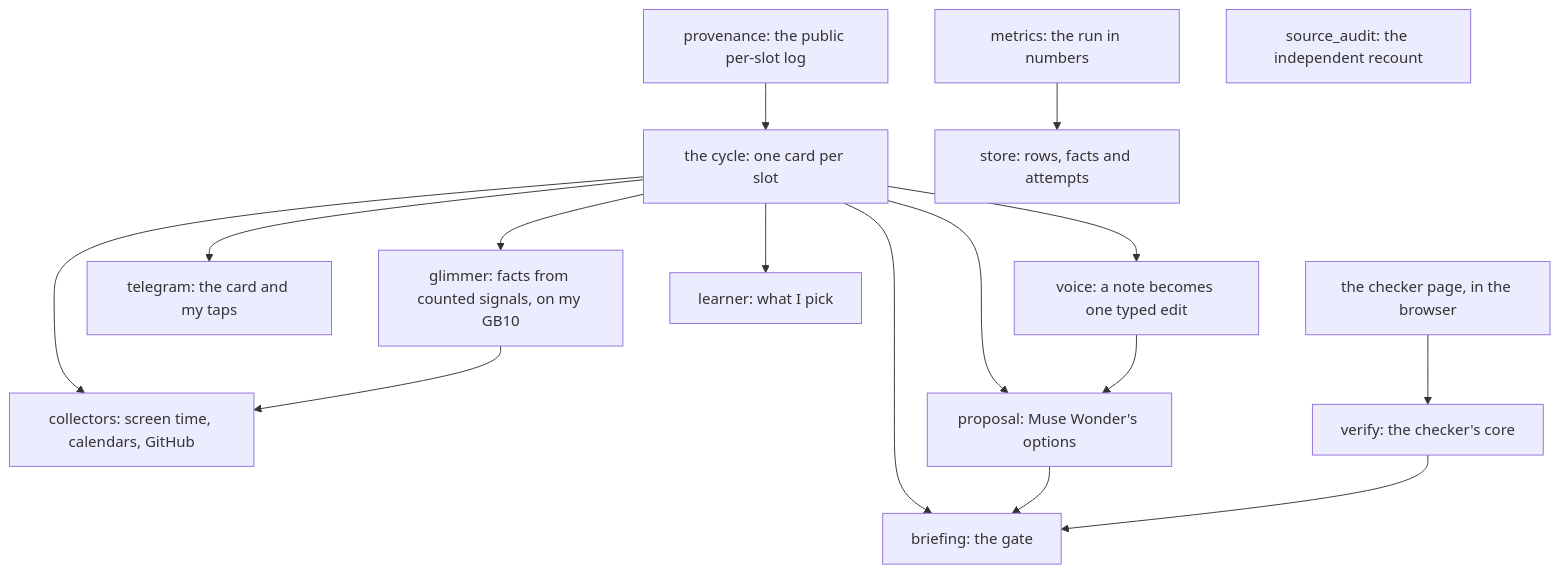
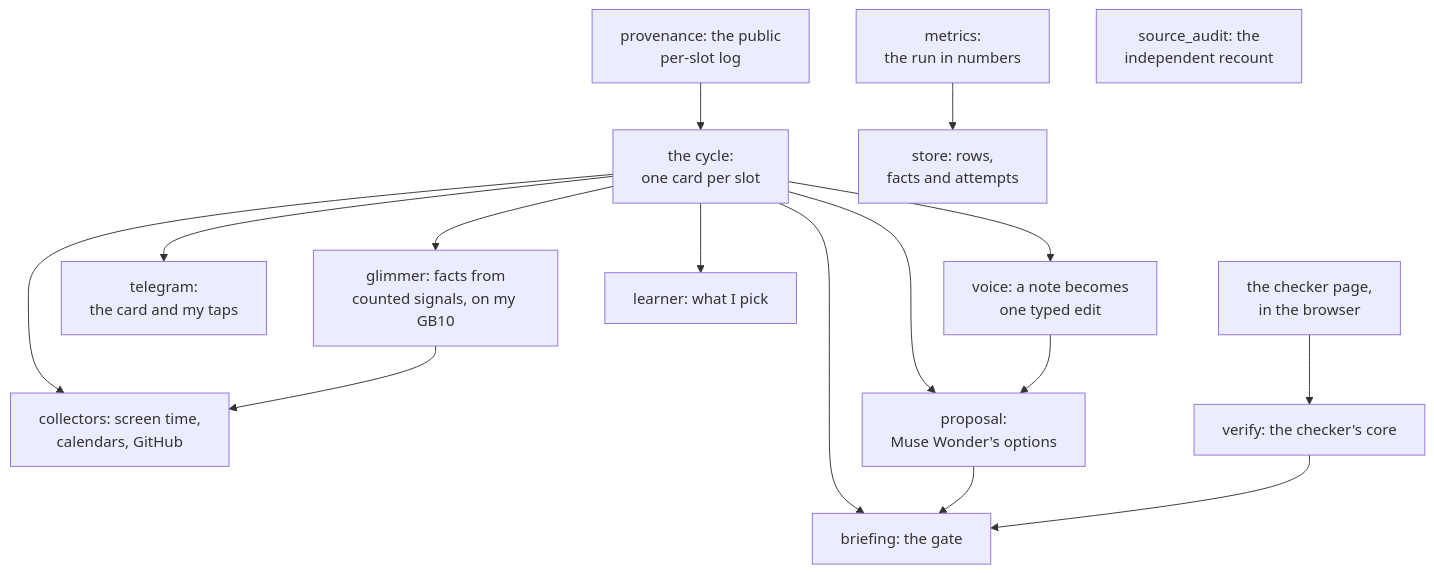
Before and after one commit to macayaven/ikigai-loop: the diagram in docs/architecture.md, drawn with Mermaid. The commit also changed 1 other file, not shown here.

Commit message:
Docs 12: line breaks in the diagram labels, so no browser cuts them off

````diff
--- a/docs/architecture.md
+++ b/docs/architecture.md
@@ -7,31 +7,31 @@
 ```mermaid
 flowchart TD
-    cycle["the cycle: one card per slot"]
-    collectors["collectors: screen time, calendars, GitHub"]
-    glimmer["glimmer: facts from counted signals, on my GB10"]
-    proposal["proposal: Muse Wonder's options"]
+    cycle["the cycle:<br/>one card per slot"]
+    collectors["collectors: screen time,<br/>calendars, GitHub"]
+    glimmer["glimmer: facts from<br/>counted signals, on my GB10"]
+    proposal["proposal:<br/>Muse Wonder's options"]
     briefing["briefing: the gate"]
-    telegram["telegram: the card and my taps"]
-    voice["voice: a note becomes one typed edit"]
+    telegram["telegram:<br/>the card and my taps"]
+    voice["voice: a note becomes<br/>one typed edit"]
     learner["learner: what I pick"]
-    metrics["metrics: the run in numbers"]
-    store["store: rows, facts and attempts"]
-    provenance["provenance: the public per-slot log"]
+    metrics["metrics:<br/>the run in numbers"]
+    store["store: rows,<br/>facts and attempts"]
+    provenance["provenance: the public<br/>per-slot log"]
     verify["verify: the checker's core"]
-    checker["the checker page, in the browser"]
-    audit["source_audit: the independent recount"]
+    checker["the checker page,<br/>in the browser"]
+    audit["source_audit: the<br/>independent recount"]
     cycle --> collectors
     cycle --> glimmer
     cycle --> proposal
     cycle --> briefing
     cycle --> telegram
     cycle --> voice
     cycle --> learner
     glimmer --> collectors
     proposal --> briefing
     voice --> proposal
     verify --> briefing
     checker --> verify
     metrics --> store
     provenance --> cycle
 ```
````
